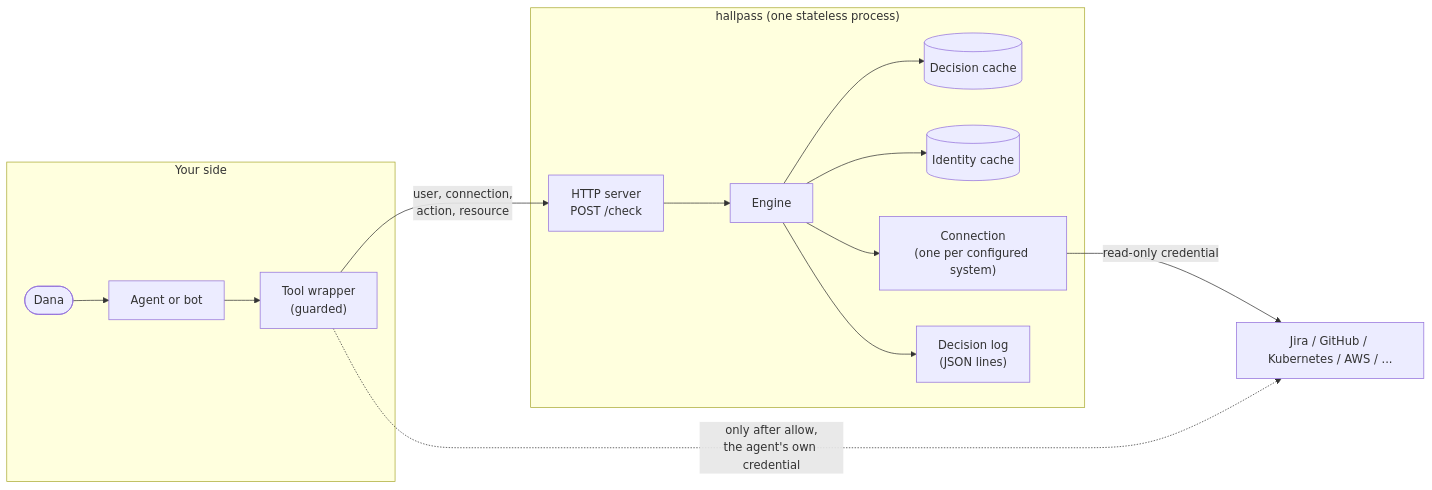
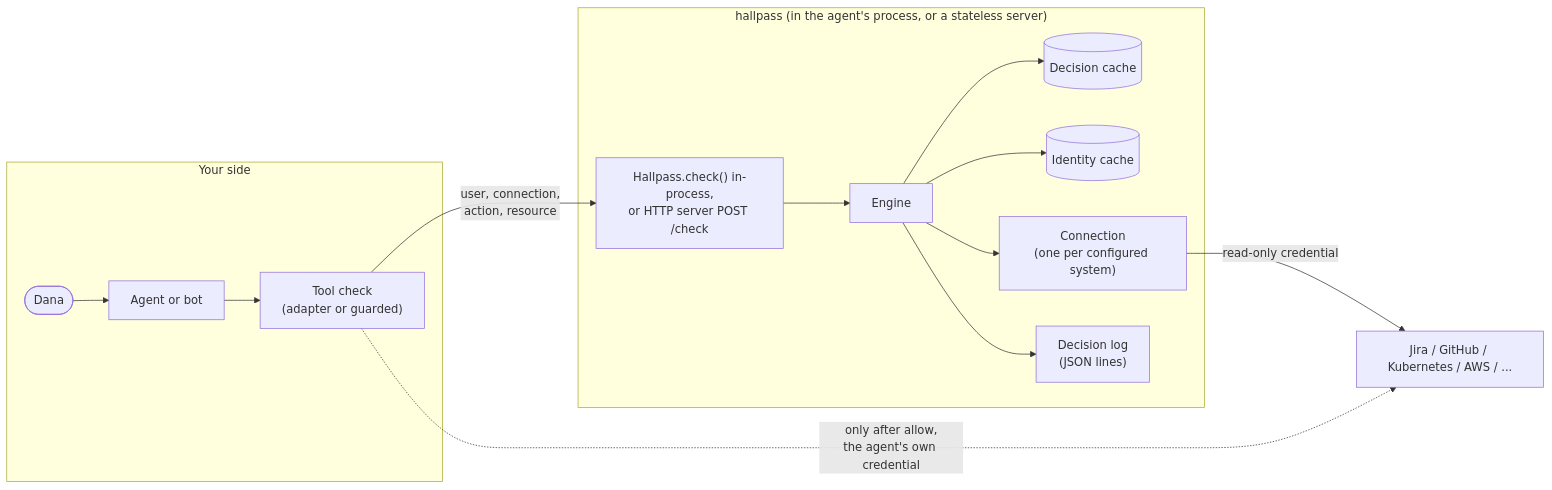
Before and after one commit to roee-hersh/hallpass: the first of 2 diagrams in docs/concepts/architecture.md, drawn with Mermaid. The commit also changed other lines of this file and 623 other files, not shown here.

First line of the commit message:
hallpass in Python: one package, embedded or as a server; Go removed (#60)

````diff
--- a/docs/concepts/architecture.md
+++ b/docs/concepts/architecture.md
@@ -8,17 +8,17 @@
 ```mermaid
 flowchart LR
     subgraph app["Your side"]
         U([Dana]) --> A["Agent or bot"]
-        A --> T["Tool wrapper<br/>(guarded)"]
+        A --> T["Tool check<br/>(adapter or guarded)"]
     end
-    subgraph hp["hallpass (one stateless process)"]
-        S["HTTP server<br/>POST /check"] --> E["Engine"]
+    subgraph hp["hallpass (in the agent's process, or a stateless server)"]
+        S["Hallpass.check() in-process,<br/>or HTTP server POST /check"] --> E["Engine"]
         E --> C1[("Decision cache")]
         E --> C2[("Identity cache")]
         E --> I["Connection<br/>(one per configured system)"]
         E --> L["Decision log<br/>(JSON lines)"]
     end
     T -- "user, connection,<br/>action, resource" --> S
     I -- "read-only credential" --> X["Jira / GitHub / Kubernetes / AWS / ..."]
     T -. "only after allow,<br/>the agent's own credential" .-> X
 ```
````
